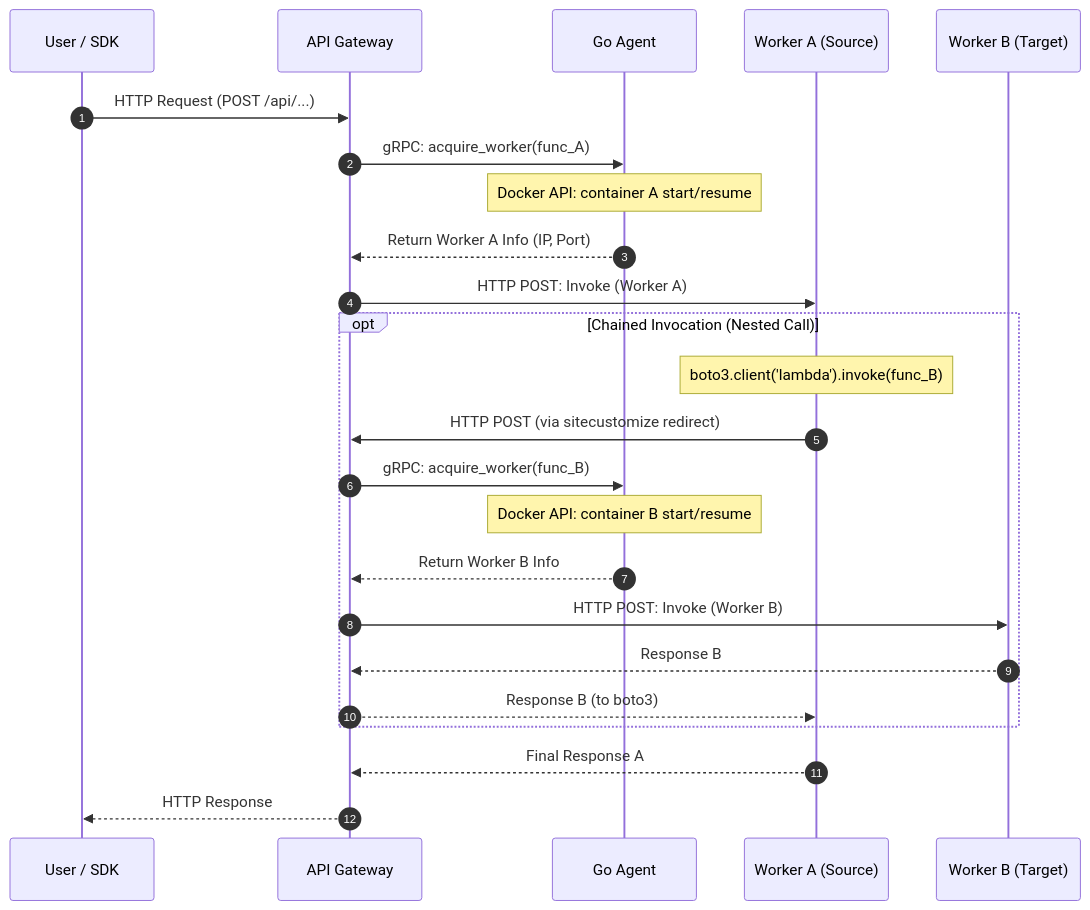
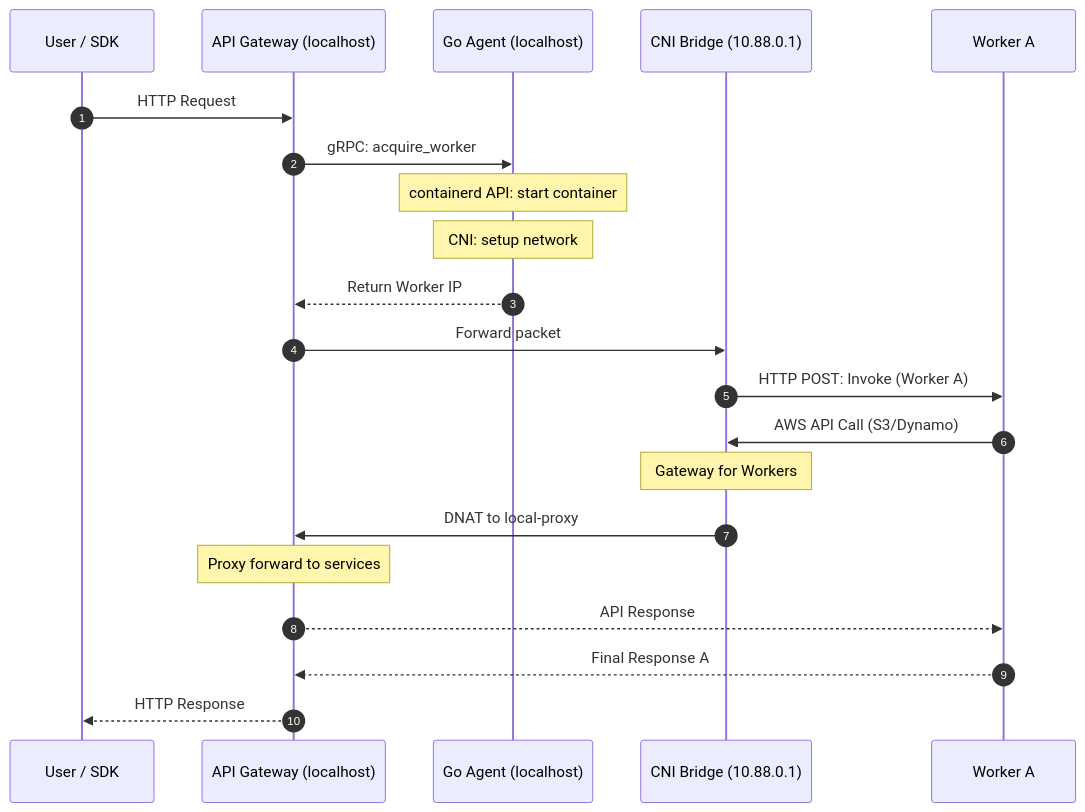
Before and after one commit to poruru-code/esb: the fourth of 4 diagrams in docs/architecture-containerd.md, drawn with Mermaid. The commit also changed other lines of this file, not shown here.

Commit message:
docs: unify architecture diagrams naming and fix layout overlaps

````diff
--- a/docs/architecture-containerd.md
+++ b/docs/architecture-containerd.md
@@ -60,30 +160,27 @@
 ```mermaid
 sequenceDiagram
     autonumber
     participant User as User / SDK
-    participant GW as API Gateway
-    participant AG as Go Agent
-    participant WA as Worker A (Source)
-    participant WB as Worker B (Target)
+    participant GW as API Gateway (localhost)
+    participant AG as Go Agent (localhost)
+    participant CNI as CNI Bridge (10.88.0.1)
+    participant WA as Worker A
 
-    User->>GW: HTTP Request (POST /api/...)
-    GW->>AG: gRPC: acquire_worker(func_A)
-    Note over AG: Docker API: container A start/resume
-    AG-->>GW: Return Worker A Info (IP, Port)
+    User->>GW: HTTP Request
+    GW->>AG: gRPC: acquire_worker
+    Note over AG: containerd API: start container
+    Note over AG: CNI: setup network
+    AG-->>GW: Return Worker IP
     
-    GW->>WA: HTTP POST: Invoke (Worker A)
+    GW->>CNI: Forward packet
+    CNI->>WA: HTTP POST: Invoke (Worker A)
     
-    opt Chained Invocation (Nested Call)
-        Note over WA: boto3.client('lambda').invoke(func_B)
-        WA->>GW: HTTP POST (via sitecustomize redirect)
-        GW->>AG: gRPC: acquire_worker(func_B)
-        Note over AG: Docker API: container B start/resume
-        AG-->>GW: Return Worker B Info
-        GW->>WB: HTTP POST: Invoke (Worker B)
-        WB-->>GW: Response B
-        GW-->>WA: Response B (to boto3)
-    end
-
+    WA->>CNI: AWS API Call (S3/Dynamo)
+    Note over CNI: Gateway for Workers
+    CNI->>GW: DNAT to local-proxy
+    Note over GW: Proxy forward to services
+    GW-->>WA: API Response
+    
     WA-->>GW: Final Response A
     GW-->>User: HTTP Response
 ```
````
